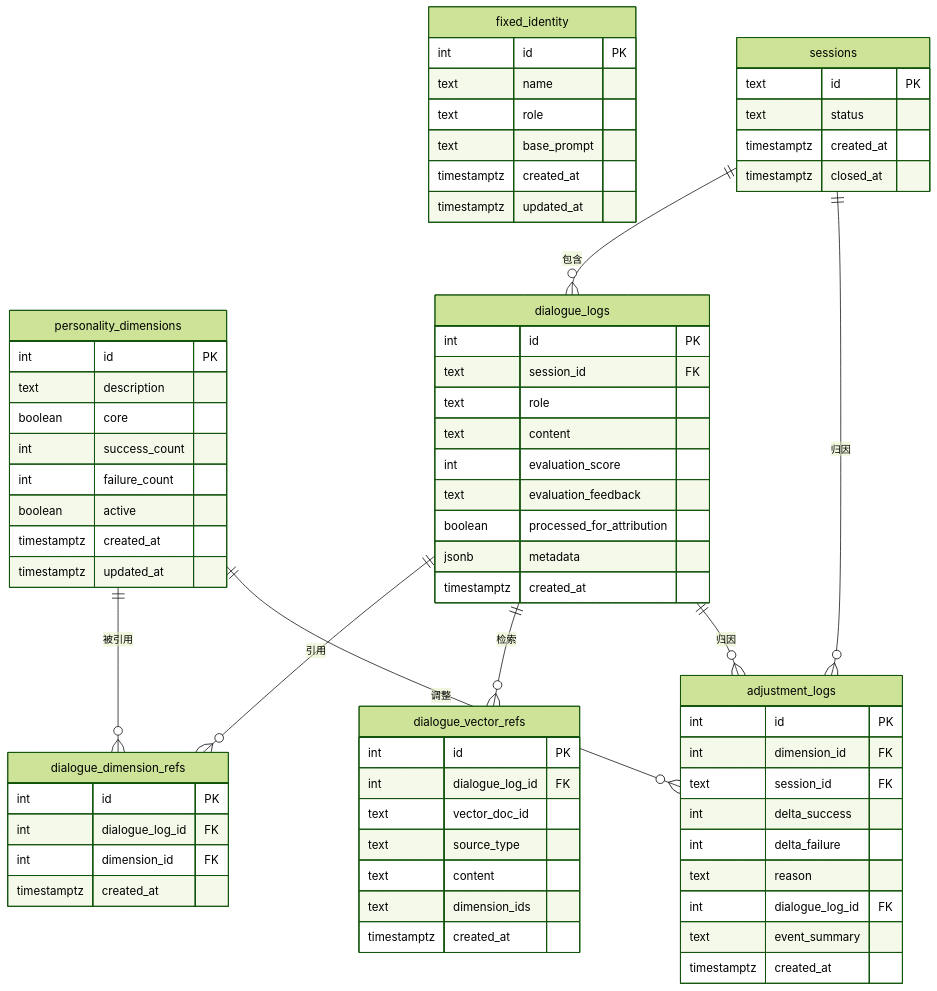
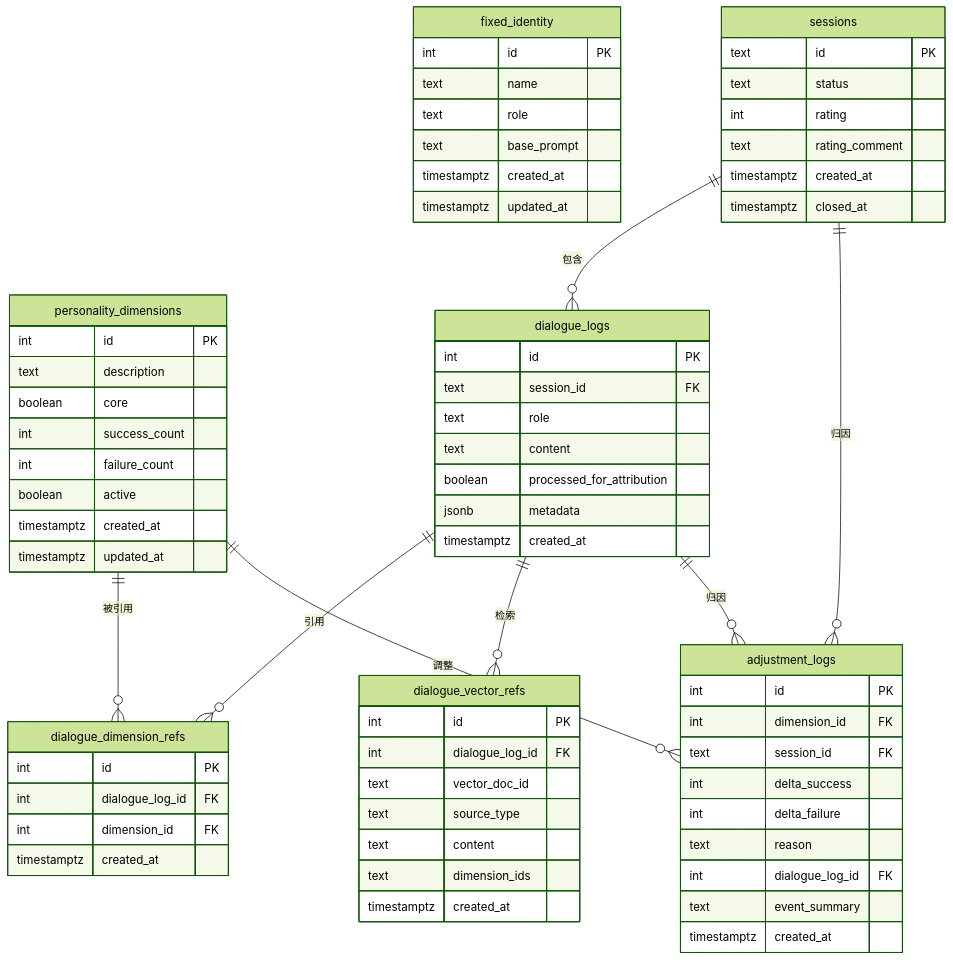
The diagram in doc/database-design.md (ianzhang1988/mr.data), drawn with Mermaid (forest theme) before and after one commit. The commit also changed other lines of this file and 5 other files, not shown here.

````diff
--- a/doc/database-design.md
+++ b/doc/database-design.md
@@ -248,78 +248,78 @@
 ```mermaid
 erDiagram
     fixed_identity {
         int id PK
         text name
         text role
         text base_prompt
         timestamptz created_at
         timestamptz updated_at
     }
 
     personality_dimensions {
         int id PK
         text description
         boolean core
         int success_count
         int failure_count
         boolean active
         timestamptz created_at
         timestamptz updated_at
     }
 
     sessions {
         text id PK
         text status
+        int rating
+        text rating_comment
         timestamptz created_at
         timestamptz closed_at
     }
 
     dialogue_logs {
         int id PK
         text session_id FK
         text role
         text content
-        int evaluation_score
-        text evaluation_feedback
         boolean processed_for_attribution
         jsonb metadata
         timestamptz created_at
     }
 
     dialogue_dimension_refs {
         int id PK
         int dialogue_log_id FK
         int dimension_id FK
         timestamptz created_at
     }
 
     dialogue_vector_refs {
         int id PK
         int dialogue_log_id FK
         text vector_doc_id
         text source_type
         text content
         text dimension_ids
         timestamptz created_at
     }
 
     adjustment_logs {
         int id PK
         int dimension_id FK
         text session_id FK
         int delta_success
         int delta_failure
         text reason
         int dialogue_log_id FK
         text event_summary
         timestamptz created_at
     }
 
     sessions ||--o{ dialogue_logs : "包含"
     dialogue_logs ||--o{ dialogue_dimension_refs : "引用"
     dialogue_logs ||--o{ dialogue_vector_refs : "检索"
     personality_dimensions ||--o{ dialogue_dimension_refs : "被引用"
     personality_dimensions ||--o{ adjustment_logs : "调整"
     dialogue_logs ||--o{ adjustment_logs : "归因"
     sessions ||--o{ adjustment_logs : "归因"
 ```
````
